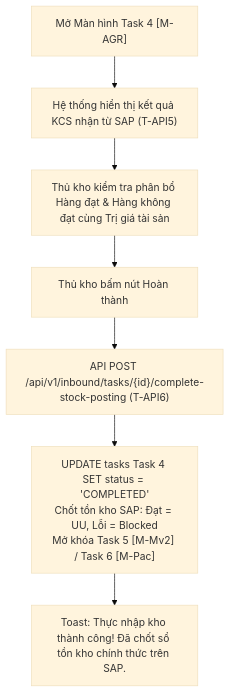
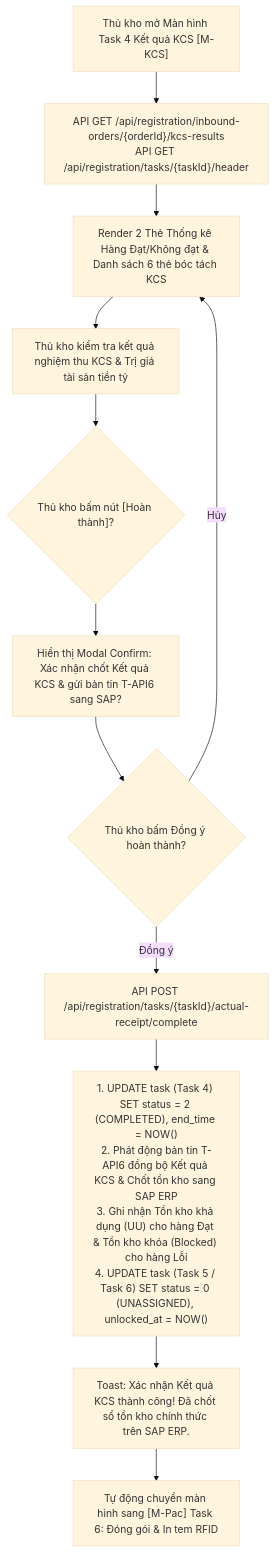
One commit to EdwardTran04/Project_Management changed the eighth of 11 diagrams in ba/documents/srs/new/SRS_MM.10A_QuyTrinh_Va_ManHinh_Task_NhapKho_NCC_Mobile_v1.0.0.md. Above: the diagram before and after it, drawn with Mermaid (base theme). The commit also changed other lines of this file and 38 other files, not shown here.

Commit message:
Cập nhập sprint, tài liệu có tích hợp API

````diff
--- a/ba/documents/srs/new/SRS_MM.10A_QuyTrinh_Va_ManHinh_Task_NhapKho_NCC_Mobile_v1.0.0.md
+++ b/ba/documents/srs/new/SRS_MM.10A_QuyTrinh_Va_ManHinh_Task_NhapKho_NCC_Mobile_v1.0.0.md
@@ -582,9 +854,18 @@
 ```mermaid
 flowchart TD
-    A["Mở Màn hình Task 4 [M-AGR]"] --> B["Hệ thống hiển thị kết quả KCS nhận từ SAP (T-API5)"]
-    B --> C["Thủ kho kiểm tra phân bổ Hàng đạt & Hàng không đạt cùng Trị giá tài sản"]
-    C --> D["Thủ kho bấm nút Hoàn thành"]
-    D --> E["API POST /api/v1/inbound/tasks/{id}/complete-stock-posting (T-API6)"]
-    E --> F["UPDATE tasks Task 4 SET status = 'COMPLETED'<br>Chốt tồn kho SAP: Đạt = UU, Lỗi = Blocked<br>Mở khóa Task 5 [M-Mv2] / Task 6 [M-Pac]"]
-    F --> G["Toast: Thực nhập kho thành công! Đã chốt sổ tồn kho chính thức trên SAP."]
+    A["Thủ kho mở Màn hình Task 4 Kết quả KCS [M-KCS]"] --> B["API GET /api/registration/inbound-orders/{orderId}/kcs-results<br>API GET /api/registration/tasks/{taskId}/header"]
+    B --> C["Render 2 Thẻ Thống kê Hàng Đạt/Không đạt & Danh sách 6 thẻ bóc tách KCS"]
+    
+    C --> D["Thủ kho kiểm tra kết quả nghiệm thu KCS & Trị giá tài sản tiền tỷ"]
+    D --> E{"Thủ kho bấm nút [Hoàn thành]?"}
+
+    E --> F["Hiển thị Modal Confirm: Xác nhận chốt Kết quả KCS & gửi bản tin T-API6 sang SAP?"]
+    F --> G{"Thủ kho bấm Đồng ý hoàn thành?"}
+    G -- Hủy --> C
+    G -- Đồng ý --> H["API POST /api/registration/tasks/{taskId}/actual-receipt/complete"]
+    
+    H --> I["1. UPDATE task (Task 4) SET status = 2 (COMPLETED), end_time = NOW()<br>2. Phát động bản tin T-API6 đồng bộ Kết quả KCS & Chốt tồn kho sang SAP ERP<br>3. Ghi nhận Tồn kho khả dụng (UU) cho hàng Đạt & Tồn kho khóa (Blocked) cho hàng Lỗi<br>4. UPDATE task (Task 5 / Task 6) SET status = 0 (UNASSIGNED), unlocked_at = NOW()"]
+    
+    I --> J["Toast: Xác nhận Kết quả KCS thành công! Đã chốt sổ tồn kho chính thức trên SAP ERP."]
+    J --> K["Tự động chuyển màn hình sang [M-Pac] Task 6: Đóng gói & In tem RFID"]
 ```
````
